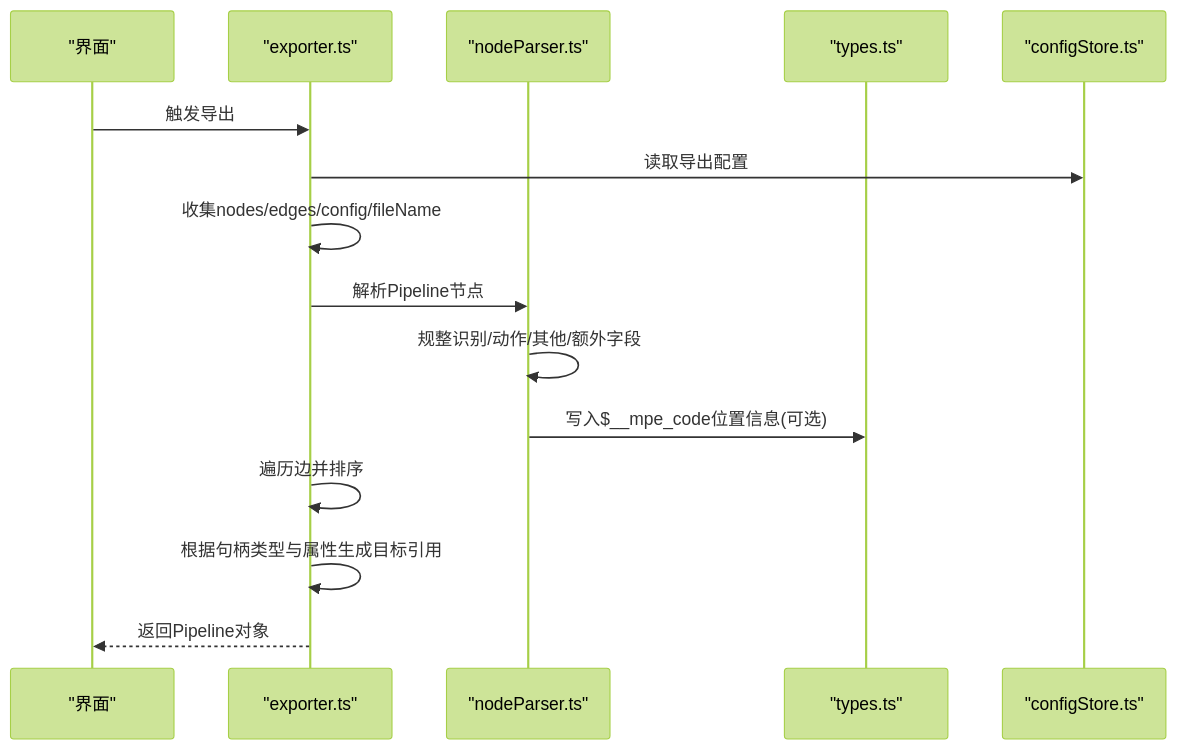
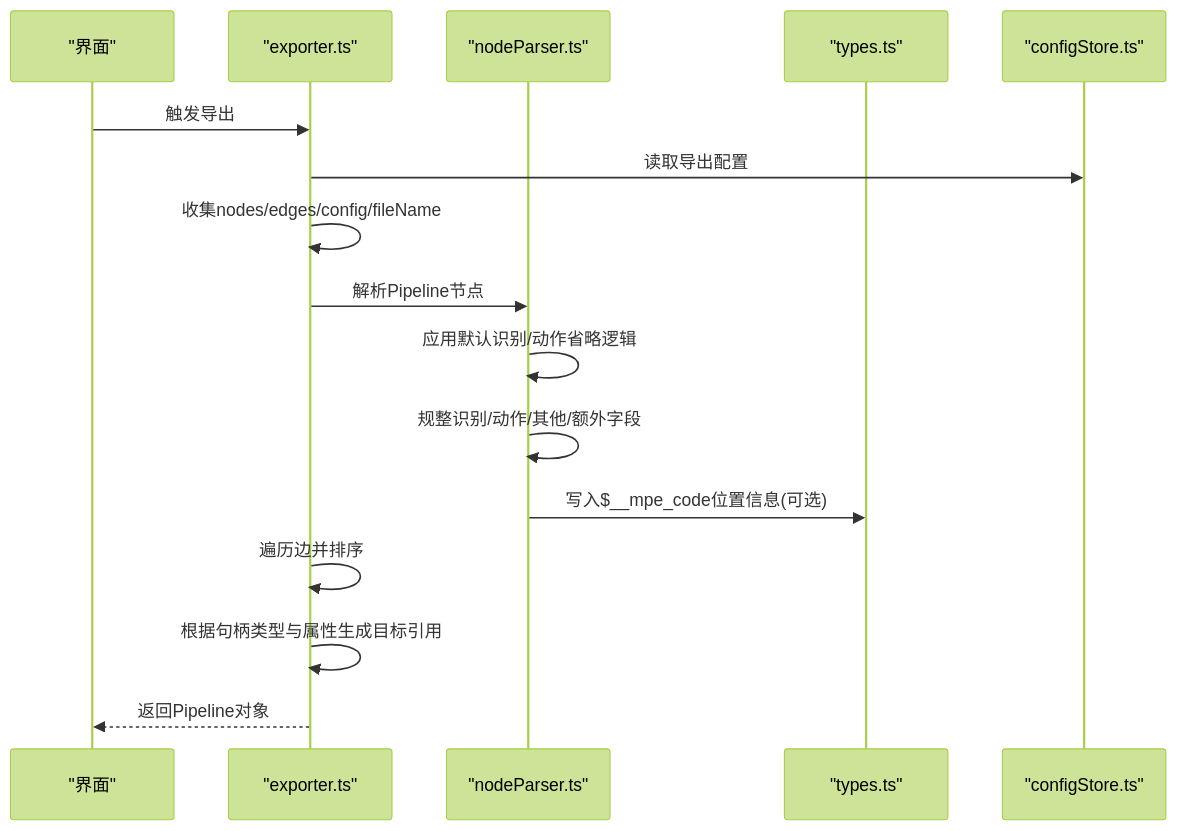
Before and after one commit to kqcoxn/MaaPipelineEditor: the second of 3 diagrams in .qoder/repowiki/zh/content/特性/节点属性导出格式.md, drawn with Mermaid (forest theme). The commit also changed other lines of this file and 23 other files, not shown here.

````diff
--- a/.qoder/repowiki/zh/content/特性/节点属性导出格式.md
+++ b/.qoder/repowiki/zh/content/特性/节点属性导出格式.md
@@ -107,17 +114,18 @@
 ```mermaid
 sequenceDiagram
 participant UI as "界面"
 participant Export as "exporter.ts"
 participant Parser as "nodeParser.ts"
 participant Types as "types.ts"
 participant Store as "configStore.ts"
 UI->>Export : 触发导出
 Export->>Store : 读取导出配置
 Export->>Export : 收集nodes/edges/config/fileName
 Export->>Parser : 解析Pipeline节点
+Parser->>Parser : 应用默认识别/动作省略逻辑
 Parser->>Parser : 规整识别/动作/其他/额外字段
 Parser->>Types : 写入$__mpe_code位置信息(可选)
 Export->>Export : 遍历边并排序
 Export->>Export : 根据句柄类型与属性生成目标引用
 Export-->>UI : 返回Pipeline对象
 ```
````
